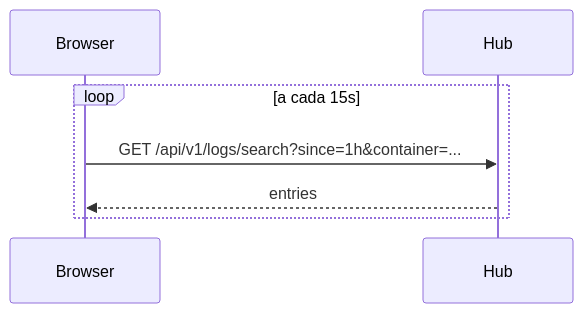
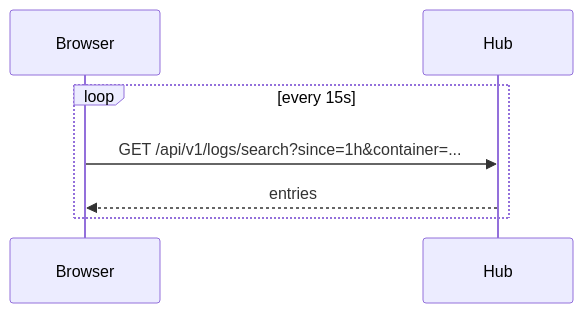
The second of 3 diagrams in docs/flows/log-streaming.md (HarryRaddatz/argus-observability), drawn with Mermaid before and after one commit. The commit also changed other lines of this file and 89 other files, not shown here.

````diff
--- a/docs/flows/log-streaming.md
+++ b/docs/flows/log-streaming.md
@@ -42,10 +42,10 @@
 ```mermaid
 sequenceDiagram
   participant Browser
   participant Hub
 
-  loop a cada 15s
+  loop every 15s
     Browser->>Hub: GET /api/v1/logs/search?since=1h&container=...
     Hub-->>Browser: entries
   end
 ```
````
